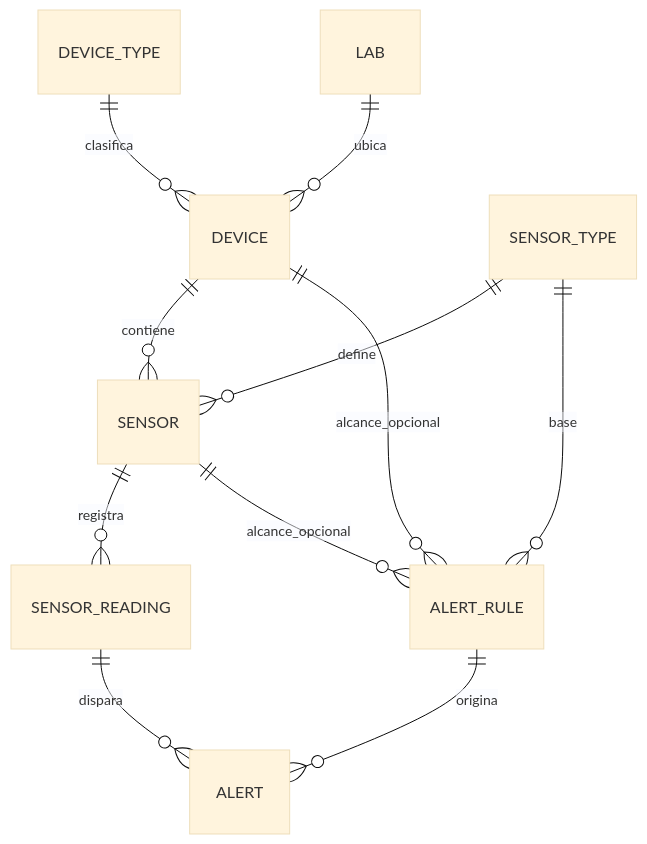
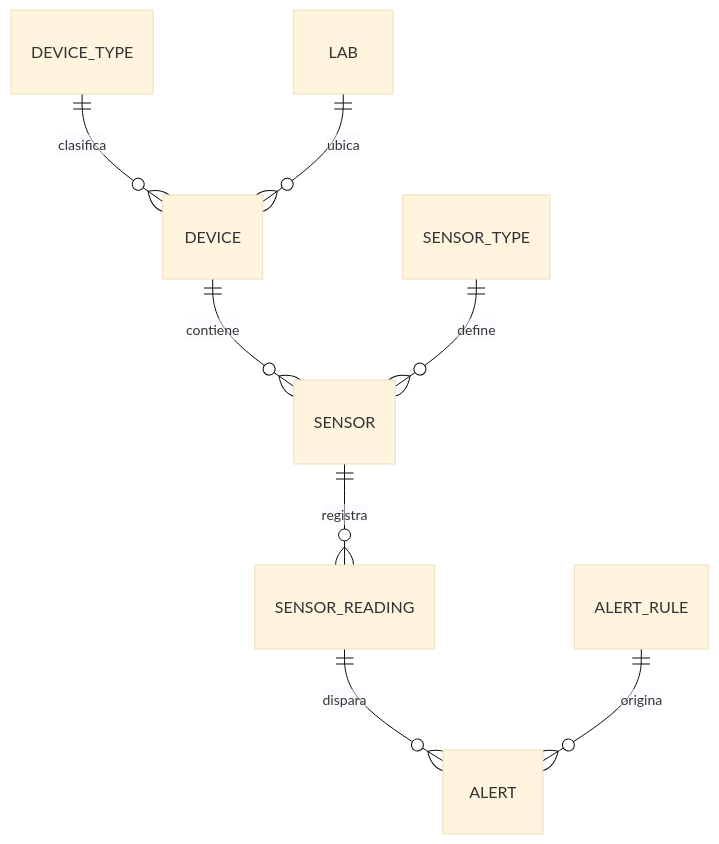
Before and after one commit to yojr23/iot-platform-v2: the fourth of 4 diagrams in README.md, drawn with Mermaid (base theme). The commit also changed other lines of this file and 42 other files, not shown here.

````diff
--- a/README.md
+++ b/README.md
@@ -95,13 +145,10 @@
 ```mermaid
 erDiagram
     DEVICE_TYPE ||--o{ DEVICE : clasifica
     LAB ||--o{ DEVICE : ubica
     DEVICE ||--o{ SENSOR : contiene
     SENSOR_TYPE ||--o{ SENSOR : define
     SENSOR ||--o{ SENSOR_READING : registra
     SENSOR_READING ||--o{ ALERT : dispara
     ALERT_RULE ||--o{ ALERT : origina
-    SENSOR_TYPE ||--o{ ALERT_RULE : base
-    DEVICE ||--o{ ALERT_RULE : alcance_opcional
-    SENSOR ||--o{ ALERT_RULE : alcance_opcional
 ```
````
